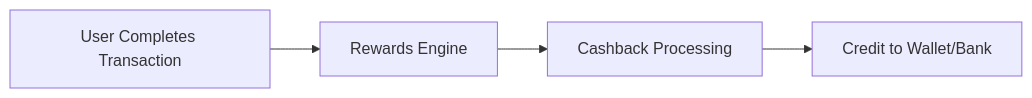
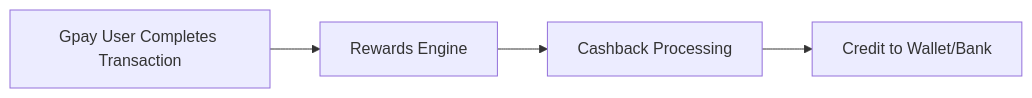
Before and after one commit to IIITLucknowSWEngg/CSAICSBTeam017: the third of 6 diagrams in Assignment/project.md, drawn with Mermaid. The commit also changed other lines of this file and 7 other files, not shown here.

Commit message:
user to gpay user

````diff
--- a/Assignment/project.md
+++ b/Assignment/project.md
@@ -62,6 +62,6 @@
 ```mermaid
 graph LR
-    A[User Completes Transaction] --> B[Rewards Engine]
+    A[Gpay User Completes Transaction] --> B[Rewards Engine]
     B --> C[Cashback Processing]
     C --> D[Credit to Wallet/Bank]
 ```
````
